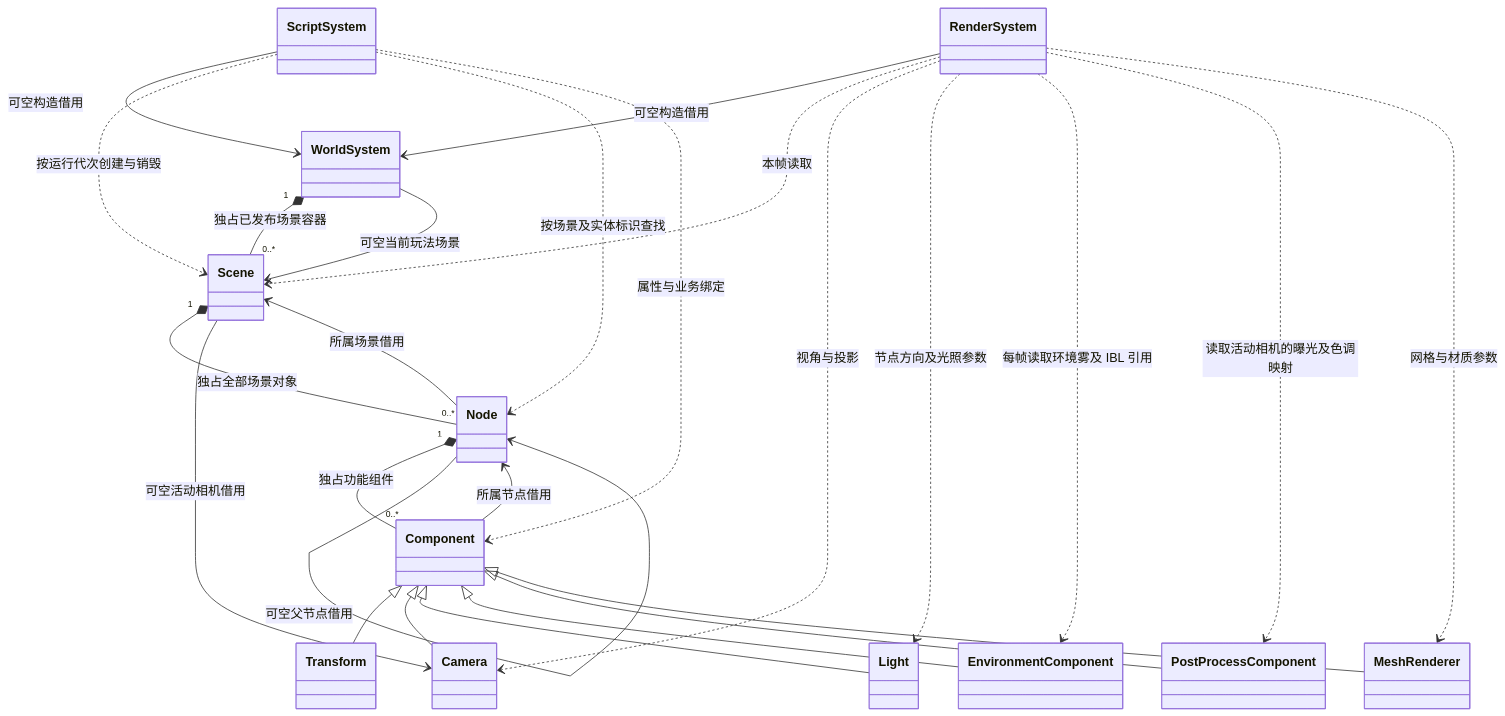
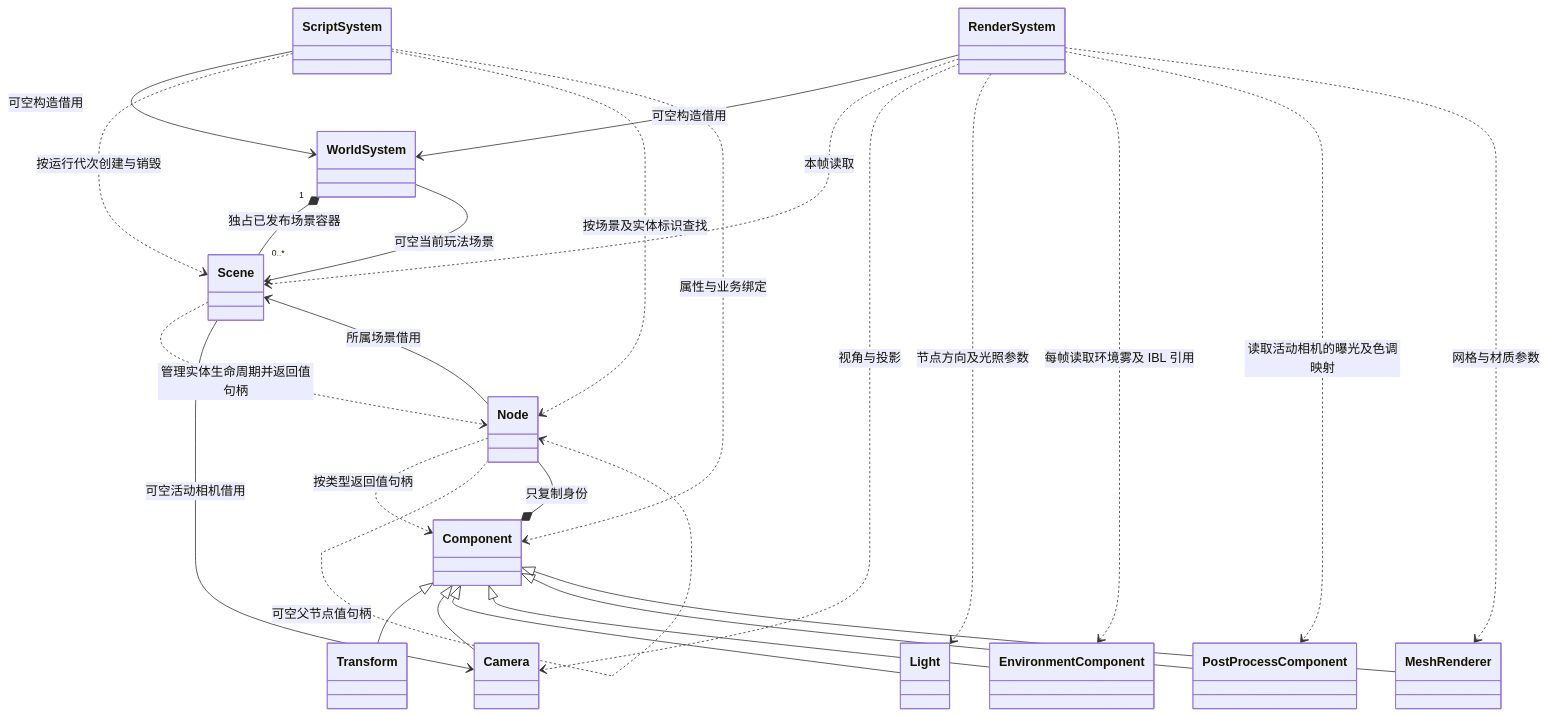
The seventh of 35 diagrams in docs/class-diagrams/references.md (lcals/Engine), drawn with Mermaid before and after one commit. The commit also changed other lines of this file and 291 other files, not shown here.

````diff
--- a/docs/class-diagrams/references.md
+++ b/docs/class-diagrams/references.md
@@ -200,40 +202,40 @@
 ```mermaid
 classDiagram
     class WorldSystem
     class Scene
     class Node
     class Component
     class Transform
     class Camera
     class Light
     class EnvironmentComponent
     class PostProcessComponent
     class MeshRenderer
     class ScriptSystem
     class RenderSystem
     WorldSystem "1" *-- "0..*" Scene : 独占已发布场景容器
     WorldSystem --> Scene : 可空当前玩法场景
-    Scene "1" *-- "0..*" Node : 独占全部场景对象
-    Node "1" *-- "0..*" Component : 独占功能组件
+    Scene ..> Node : 管理实体生命周期并返回值句柄
+    Node ..> Component : 按类型返回值句柄
     Node --> Scene : 所属场景借用
-    Node --> Node : 可空父节点借用
-    Component --> Node : 所属节点借用
+    Node ..> Node : 可空父节点值句柄
+    Component *-- Node : 只复制身份
     Component <|-- Transform
     Component <|-- Camera
     Component <|-- Light
     Component <|-- EnvironmentComponent
     Component <|-- PostProcessComponent
     Component <|-- MeshRenderer
     Scene --> Camera : 可空活动相机借用
     ScriptSystem --> WorldSystem : 可空构造借用
     ScriptSystem ..> Scene : 按运行代次创建与销毁
     ScriptSystem ..> Node : 按场景及实体标识查找
     ScriptSystem ..> Component : 属性与业务绑定
     RenderSystem --> WorldSystem : 可空构造借用
     RenderSystem ..> Scene : 本帧读取
     RenderSystem ..> Camera : 视角与投影
     RenderSystem ..> Light : 节点方向及光照参数
     RenderSystem ..> EnvironmentComponent : 每帧读取环境雾及 IBL 引用
     RenderSystem ..> PostProcessComponent : 读取活动相机的曝光及色调映射
     RenderSystem ..> MeshRenderer : 网格与材质参数
 ```
````
